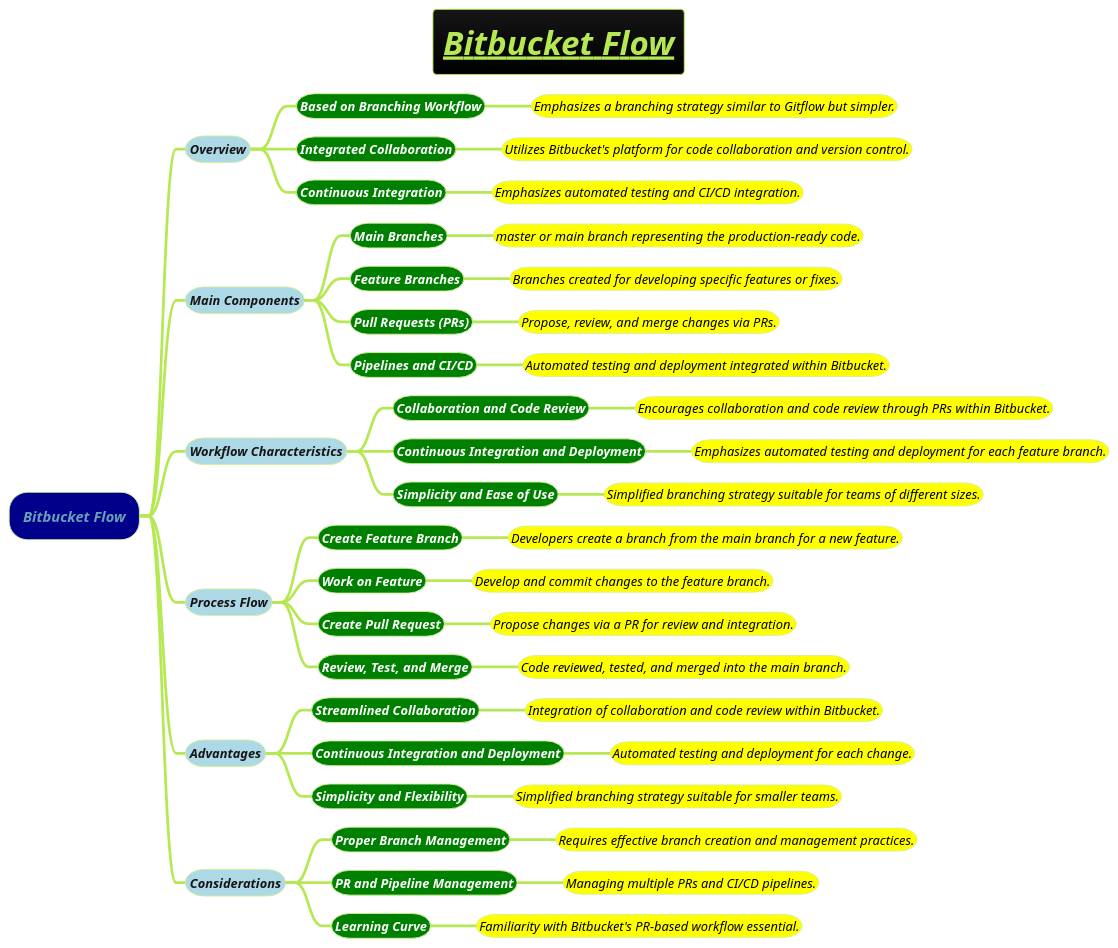
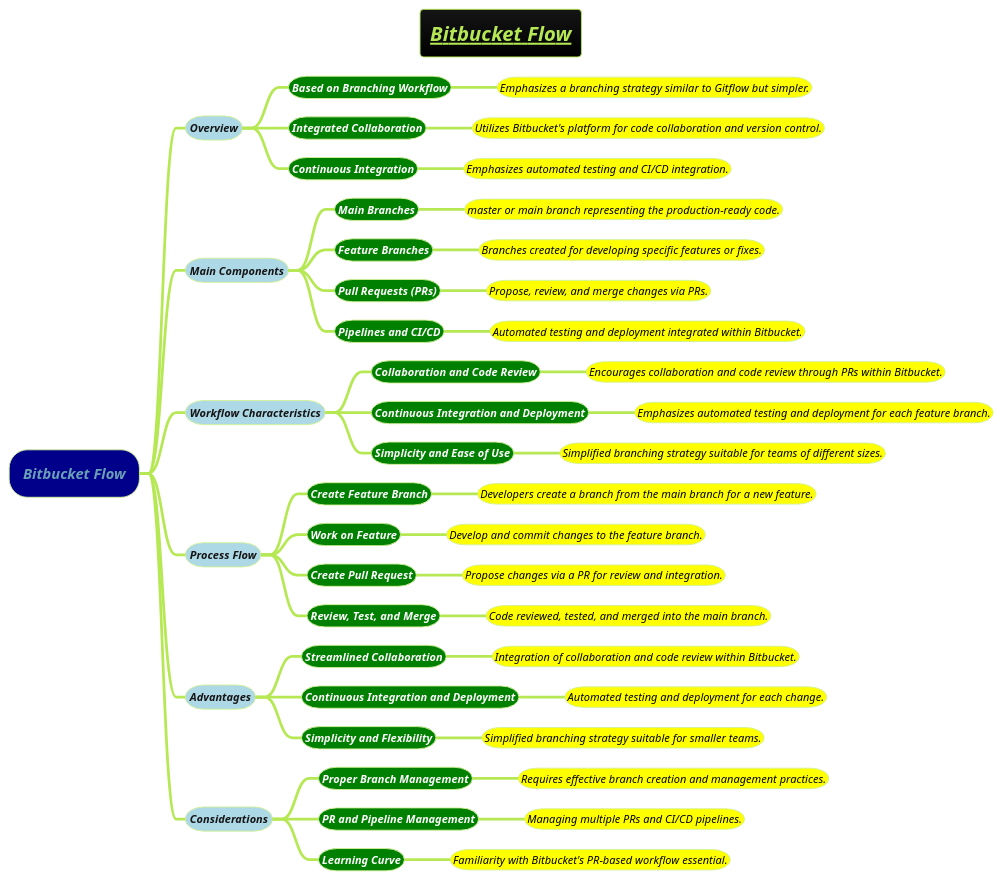
One commit to MehmoodHashmi/Documentation-as-Code-DaC changed the diagram in docs/3-devops/git/Bitbucket-workflow.puml. Above: the diagram before and after it, drawn with PlantUML. The commit also changed 8 other files, not shown here.

```diff
--- a/docs/3-devops/git/Bitbucket-workflow.puml
+++ b/docs/3-devops/git/Bitbucket-workflow.puml
@@ -1,53 +1,53 @@
 @startmindmap
-title =<i><b><u>Bitbucket Flow
+title =<i><b><u><size:18>Bitbucket Flow
 !theme hacker
 
 
 *[#darkblue] <i>Bitbucket Flow
-**[#lightblue] <i><color #blac><size:14>Overview
-***[#green] <b><i><color #white><size:14>Based on Branching Workflow
-****[#yellow] <i><color #black><size:14>Emphasizes a branching strategy similar to Gitflow but simpler.
-***[#green] <b><i><color #white><size:14>Integrated Collaboration
-****[#yellow] <i><color #black><size:14>Utilizes Bitbucket's platform for code collaboration and version control.
-***[#green] <b><i><color #white><size:14>Continuous Integration
-****[#yellow] <i><color #black><size:14>Emphasizes automated testing and CI/CD integration.
-**[#lightblue] <i><color #blac><size:14>Main Components
-***[#green] <b><i><color #white><size:14>Main Branches
-****[#yellow] <i><color #black><size:14>master or main branch representing the production-ready code.
-***[#green] <b><i><color #white><size:14>Feature Branches
-****[#yellow] <i><color #black><size:14>Branches created for developing specific features or fixes.
-***[#green] <b><i><color #white><size:14>Pull Requests (PRs)
-****[#yellow] <i><color #black><size:14>Propose, review, and merge changes via PRs.
-***[#green] <b><i><color #white><size:14>Pipelines and CI/CD
-****[#yellow] <i><color #black><size:14>Automated testing and deployment integrated within Bitbucket.
-**[#lightblue] <i><color #blac><size:14>Workflow Characteristics
-***[#green] <b><i><color #white><size:14>Collaboration and Code Review
-****[#yellow] <i><color #black><size:14>Encourages collaboration and code review through PRs within Bitbucket.
-***[#green] <b><i><color #white><size:14>Continuous Integration and Deployment
-****[#yellow] <i><color #black><size:14>Emphasizes automated testing and deployment for each feature branch.
-***[#green] <b><i><color #white><size:14>Simplicity and Ease of Use
-****[#yellow] <i><color #black><size:14>Simplified branching strategy suitable for teams of different sizes.
-**[#lightblue] <i><color #blac><size:14>Process Flow
-***[#green] <b><i><color #white><size:14>Create Feature Branch
-****[#yellow] <i><color #black><size:14>Developers create a branch from the main branch for a new feature.
-***[#green] <b><i><color #white><size:14>Work on Feature
-****[#yellow] <i><color #black><size:14>Develop and commit changes to the feature branch.
-***[#green] <b><i><color #white><size:14>Create Pull Request
-****[#yellow] <i><color #black><size:14>Propose changes via a PR for review and integration.
-***[#green] <b><i><color #white><size:14>Review, Test, and Merge
-****[#yellow] <i><color #black><size:14>Code reviewed, tested, and merged into the main branch.
-**[#lightblue] <i><color #blac><size:14>Advantages
-***[#green] <b><i><color #white><size:14>Streamlined Collaboration
-****[#yellow] <i><color #black><size:14>Integration of collaboration and code review within Bitbucket.
-***[#green] <b><i><color #white><size:14>Continuous Integration and Deployment
-****[#yellow] <i><color #black><size:14>Automated testing and deployment for each change.
-***[#green] <b><i><color #white><size:14>Simplicity and Flexibility
-****[#yellow] <i><color #black><size:14>Simplified branching strategy suitable for smaller teams.
-**[#lightblue] <i><color #blac><size:14>Considerations
-***[#green] <b><i><color #white><size:14>Proper Branch Management
-****[#yellow] <i><color #black><size:14>Requires effective branch creation and management practices.
-***[#green] <b><i><color #white><size:14>PR and Pipeline Management
-****[#yellow] <i><color #black><size:14>Managing multiple PRs and CI/CD pipelines.
-***[#green] <b><i><color #white><size:14>Learning Curve
-****[#yellow] <i><color #black><size:14>Familiarity with Bitbucket's PR-based workflow essential.
+**[#lightblue] <i><color #blac><size:12>Overview
+***[#green] <b><i><color #white><size:12>Based on Branching Workflow
+****[#yellow] <i><color #black><size:12>Emphasizes a branching strategy similar to Gitflow but simpler.
+***[#green] <b><i><color #white><size:12>Integrated Collaboration
+****[#yellow] <i><color #black><size:12>Utilizes Bitbucket's platform for code collaboration and version control.
+***[#green] <b><i><color #white><size:12>Continuous Integration
+****[#yellow] <i><color #black><size:12>Emphasizes automated testing and CI/CD integration.
+**[#lightblue] <i><color #blac><size:12>Main Components
+***[#green] <b><i><color #white><size:12>Main Branches
+****[#yellow] <i><color #black><size:12>master or main branch representing the production-ready code.
+***[#green] <b><i><color #white><size:12>Feature Branches
+****[#yellow] <i><color #black><size:12>Branches created for developing specific features or fixes.
+***[#green] <b><i><color #white><size:12>Pull Requests (PRs)
+****[#yellow] <i><color #black><size:12>Propose, review, and merge changes via PRs.
+***[#green] <b><i><color #white><size:12>Pipelines and CI/CD
+****[#yellow] <i><color #black><size:12>Automated testing and deployment integrated within Bitbucket.
+**[#lightblue] <i><color #blac><size:12>Workflow Characteristics
+***[#green] <b><i><color #white><size:12>Collaboration and Code Review
+****[#yellow] <i><color #black><size:12>Encourages collaboration and code review through PRs within Bitbucket.
+***[#green] <b><i><color #white><size:12>Continuous Integration and Deployment
+****[#yellow] <i><color #black><size:12>Emphasizes automated testing and deployment for each feature branch.
+***[#green] <b><i><color #white><size:12>Simplicity and Ease of Use
+****[#yellow] <i><color #black><size:12>Simplified branching strategy suitable for teams of different sizes.
+**[#lightblue] <i><color #blac><size:12>Process Flow
+***[#green] <b><i><color #white><size:12>Create Feature Branch
+****[#yellow] <i><color #black><size:12>Developers create a branch from the main branch for a new feature.
+***[#green] <b><i><color #white><size:12>Work on Feature
+****[#yellow] <i><color #black><size:12>Develop and commit changes to the feature branch.
+***[#green] <b><i><color #white><size:12>Create Pull Request
+****[#yellow] <i><color #black><size:12>Propose changes via a PR for review and integration.
+***[#green] <b><i><color #white><size:12>Review, Test, and Merge
+****[#yellow] <i><color #black><size:12>Code reviewed, tested, and merged into the main branch.
+**[#lightblue] <i><color #blac><size:12>Advantages
+***[#green] <b><i><color #white><size:12>Streamlined Collaboration
+****[#yellow] <i><color #black><size:12>Integration of collaboration and code review within Bitbucket.
+***[#green] <b><i><color #white><size:12>Continuous Integration and Deployment
+****[#yellow] <i><color #black><size:12>Automated testing and deployment for each change.
+***[#green] <b><i><color #white><size:12>Simplicity and Flexibility
+****[#yellow] <i><color #black><size:12>Simplified branching strategy suitable for smaller teams.
+**[#lightblue] <i><color #blac><size:12>Considerations
+***[#green] <b><i><color #white><size:12>Proper Branch Management
+****[#yellow] <i><color #black><size:12>Requires effective branch creation and management practices.
+***[#green] <b><i><color #white><size:12>PR and Pipeline Management
+****[#yellow] <i><color #black><size:12>Managing multiple PRs and CI/CD pipelines.
+***[#green] <b><i><color #white><size:12>Learning Curve
+****[#yellow] <i><color #black><size:12>Familiarity with Bitbucket's PR-based workflow essential.
 @endmindmap
```
